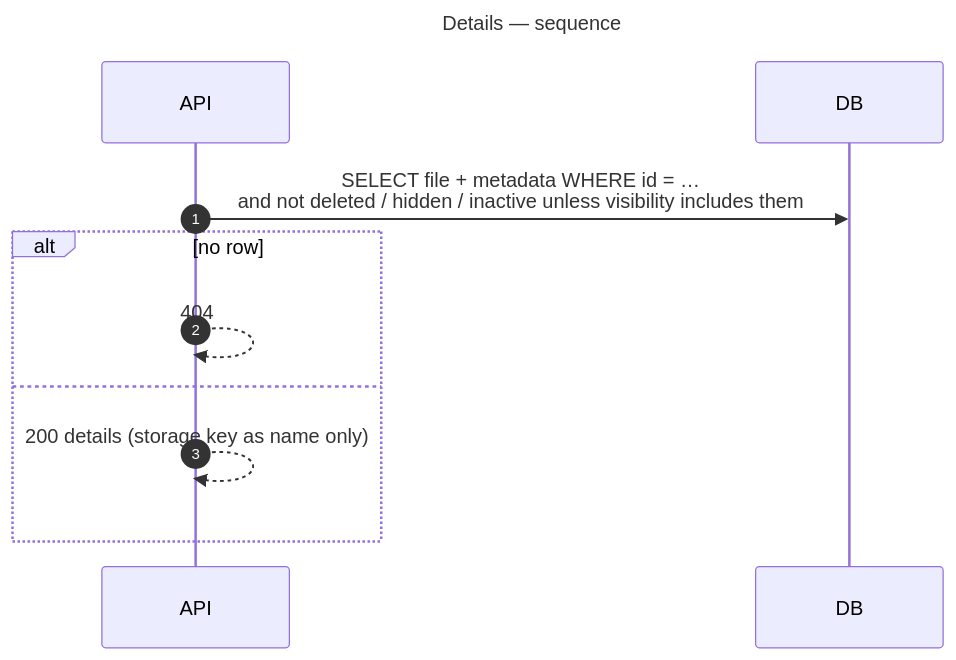
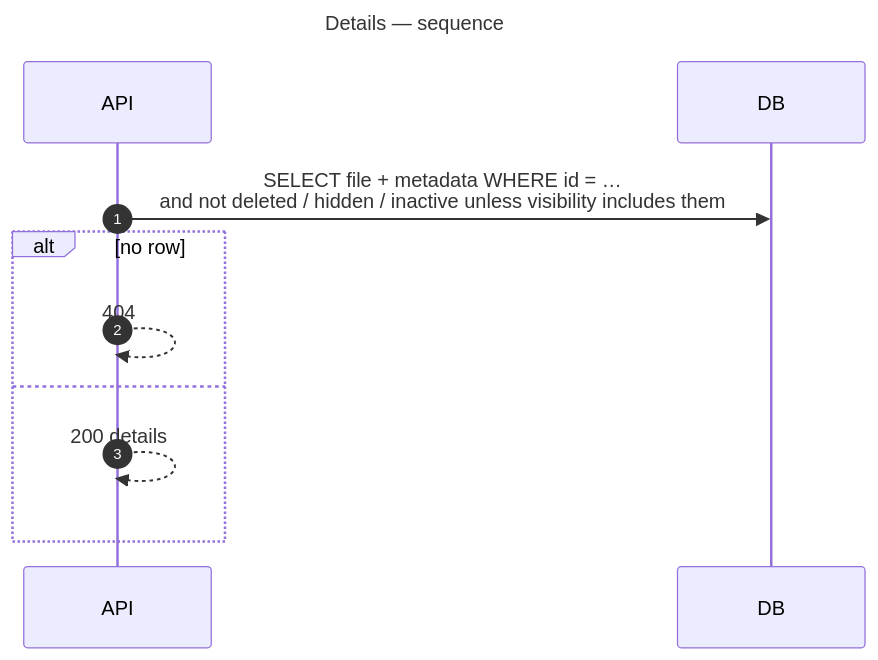
One commit to gmetskhvarishvili/GM.FileStorage.Samples changed the seventh of 17 diagrams in docs/sequence-diagrams.md. Above: the diagram before and after it, drawn with Mermaid. The commit also changed other lines of this file and 30 other files, not shown here.

````diff
--- a/docs/sequence-diagrams.md
+++ b/docs/sequence-diagrams.md
@@ -264,16 +263,16 @@
 ```mermaid
 ---
 title: Details — sequence
 ---
 sequenceDiagram
     autonumber
     participant API
     participant DB
 
     API->>DB: SELECT file + metadata WHERE id = … <br/>and not deleted / hidden / inactive unless visibility includes them
     alt no row
         API-->>API: 404
     else
-        API-->>API: 200 details (storage key as name only)
+        API-->>API: 200 details
     end
 ```
````
